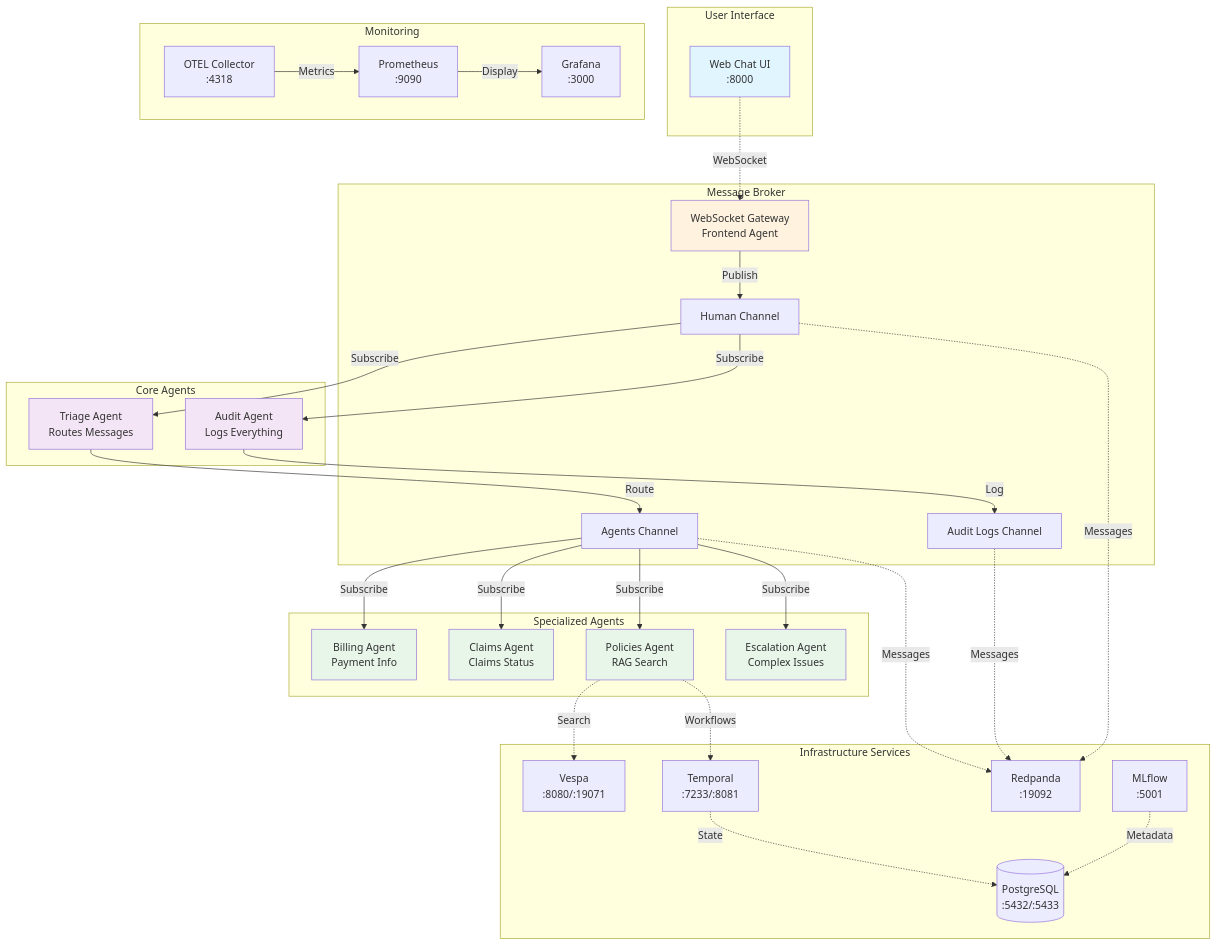
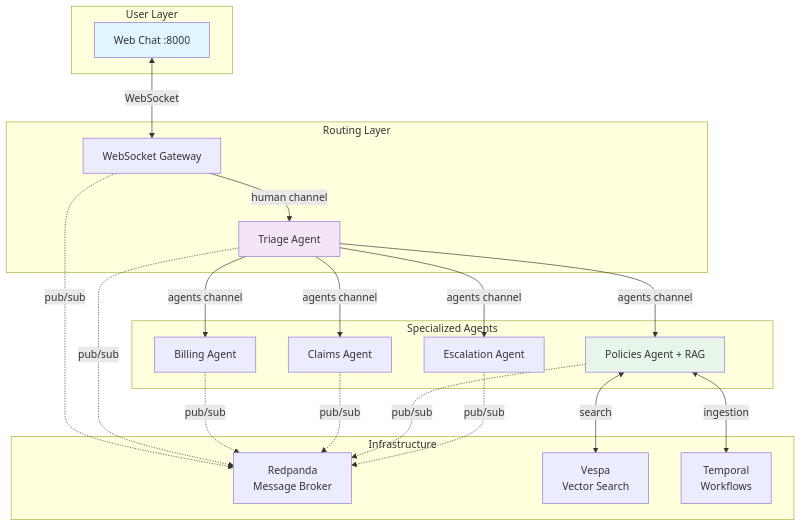
Before and after one commit to eggai-tech/EggAI: the diagram in examples/multi_agent_human_chat/docs/system-architecture.md, drawn with Mermaid. The commit also changed other lines of this file and 4 other files, not shown here.

````diff
--- a/examples/multi_agent_human_chat/docs/system-architecture.md
+++ b/examples/multi_agent_human_chat/docs/system-architecture.md
@@ -5,73 +9,36 @@
 ```mermaid
 graph TB
-    subgraph "User Interface"
-        UI[Web Chat UI<br/>:8000]
+    subgraph "User Layer"
+        UI[Web Chat :8000]
     end
     
-    subgraph "Message Broker"
-        WS[WebSocket Gateway<br/>Frontend Agent]
-        HC[Human Channel]
-        AC[Agents Channel]
-        AL[Audit Logs Channel]
-    end
-    
-    subgraph "Core Agents"
-        TR[Triage Agent<br/>Routes Messages]
-        AU[Audit Agent<br/>Logs Everything]
+    subgraph "Routing Layer"
+        WS[WebSocket Gateway]
+        TR[Triage Agent]
     end
     
     subgraph "Specialized Agents"
-        BI[Billing Agent<br/>Payment Info]
-        CL[Claims Agent<br/>Claims Status]
-        PO[Policies Agent<br/>RAG Search]
-        ES[Escalation Agent<br/>Complex Issues]
+        BI[Billing Agent]
+        CL[Claims Agent]
+        PO[Policies Agent + RAG]
+        ES[Escalation Agent]
     end
     
-    subgraph "Infrastructure Services"
-        RP[Redpanda<br/>:19092]
-        VE[Vespa<br/>:8080/:19071]
-        TE[Temporal<br/>:7233/:8081]
-        ML[MLflow<br/>:5001]
-        DB[(PostgreSQL<br/>:5432/:5433)]
+    subgraph "Infrastructure"
+        RP[Redpanda<br/>Message Broker]
+        VE[Vespa<br/>Vector Search]
+        TE[Temporal<br/>Workflows]
     end
     
-    subgraph "Monitoring"
-        GR[Grafana<br/>:3000]
-        PR[Prometheus<br/>:9090]
-        OT[OTEL Collector<br/>:4318]
-    end
+    UI <-->|WebSocket| WS
+    WS -->|human channel| TR
+    TR -->|agents channel| BI & CL & PO & ES
     
-    UI -.->|WebSocket| WS
-    WS -->|Publish| HC
-    HC -->|Subscribe| TR
-    HC -->|Subscribe| AU
-    TR -->|Route| AC
-    AC -->|Subscribe| BI
-    AC -->|Subscribe| CL
-    AC -->|Subscribe| PO
-    AC -->|Subscribe| ES
-    
-    AU -->|Log| AL
-    
-    PO -.->|Search| VE
-    PO -.->|Workflows| TE
-    
-    HC -.->|Messages| RP
-    AC -.->|Messages| RP
-    AL -.->|Messages| RP
-    
-    TE -.->|State| DB
-    ML -.->|Metadata| DB
-    
-    OT -->|Metrics| PR
-    PR -->|Display| GR
+    WS & TR & BI & CL & PO & ES -.->|pub/sub| RP
+    PO <-->|search| VE
+    PO <-->|ingestion| TE
 
     style UI fill:#e1f5fe
-    style WS fill:#fff3e0
     style TR fill:#f3e5f5
-    style AU fill:#f3e5f5
-    style BI fill:#e8f5e9
-    style CL fill:#e8f5e9
     style PO fill:#e8f5e9
-    style ES fill:#e8f5e9
 ```
````
